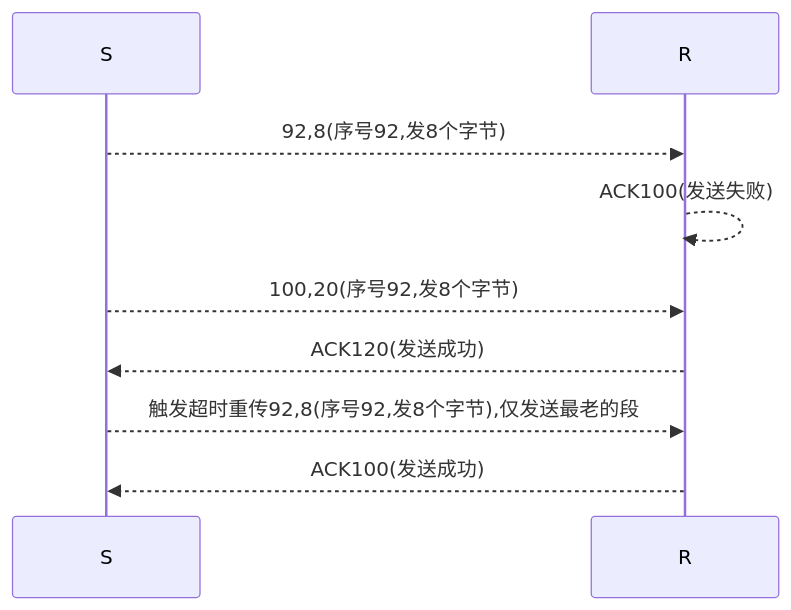
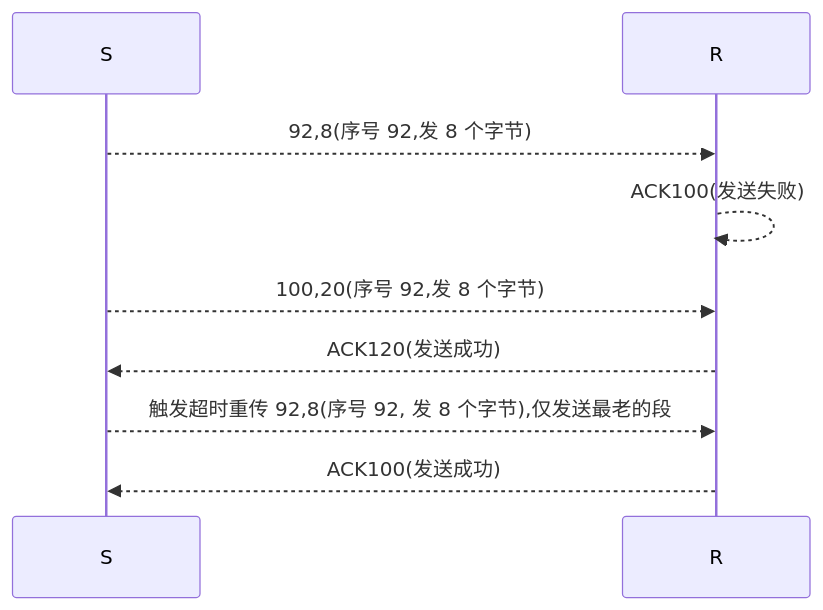
One commit to csliujw/CodeNotes changed diagram 11 of 16 in CS-Course/计算机网络-自顶向下方法.md. Above: the diagram before and after it, drawn with Mermaid. The commit also changed other lines of this file and 18 other files, not shown here.

````diff
--- a/CS-Course/计算机网络-自顶向下方法.md
+++ b/CS-Course/计算机网络-自顶向下方法.md
@@ -965,11 +964,11 @@
 ```mermaid
 sequenceDiagram
 participant S
 participant R
-S-->>R:92,8(序号92,发8个字节)
+S-->>R:92,8(序号 92,发 8 个字节)
 R-->>R:ACK100(发送失败)
-S-->>R:100,20(序号92,发8个字节)
+S-->>R:100,20(序号 92,发 8 个字节)
 R-->>S:ACK120(发送成功)
-S-->>R:触发超时重传92,8(序号92,发8个字节),仅发送最老的段
+S-->>R:触发超时重传 92,8(序号 92, 发 8 个字节),仅发送最老的段
 R-->>S:ACK100(发送成功)
 ```
````
